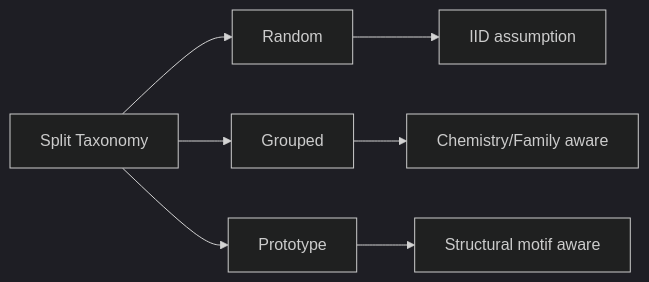
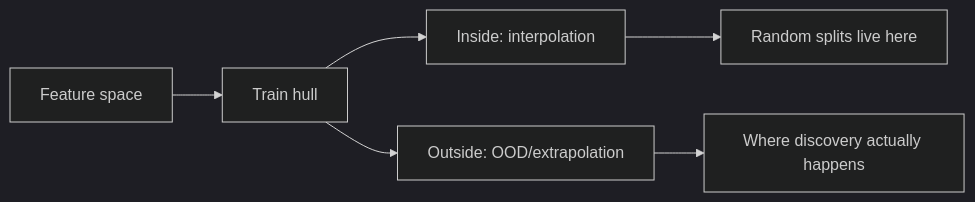
One commit to ECLIPSE-Lab/public_presentations changed the diagram in materials_genomics/07_regression_and_generalization_in_materials_data/01_intro.qmd. Above: the diagram before and after it, drawn with Mermaid (dark theme). The commit also changed other lines of this file and 111 other files, not shown here.

````diff
--- a/materials_genomics/07_regression_and_generalization_in_materials_data/01_intro.qmd
+++ b/materials_genomics/07_regression_and_generalization_in_materials_data/01_intro.qmd
@@ -235,9 +518,8 @@
 ```{mermaid}
 graph LR
-    T[Split Taxonomy] --> R[Random]
-    T --> G[Grouped]
-    T --> P[Prototype]
-    R --> R1[IID assumption]
-    G --> G1[Chemistry/Family aware]
-    P --> P1[Structural motif aware]
+    F[Feature space] --> H[Train hull]
+    H --> I[Inside: interpolation]
+    H --> O[Outside: OOD/extrapolation]
+    I --> R1[Random splits live here]
+    O --> R2[Where discovery actually happens]
 ```
````
